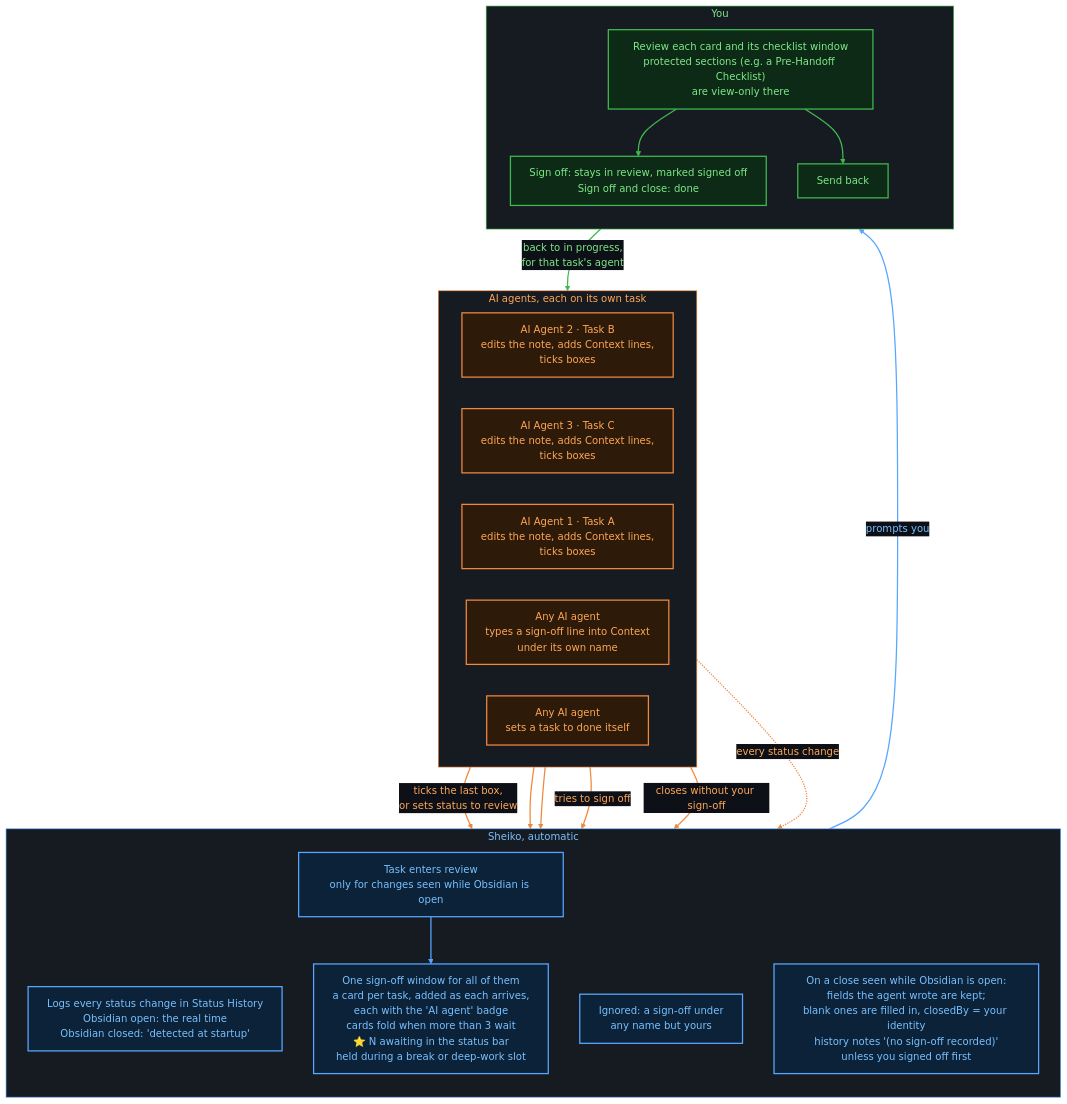
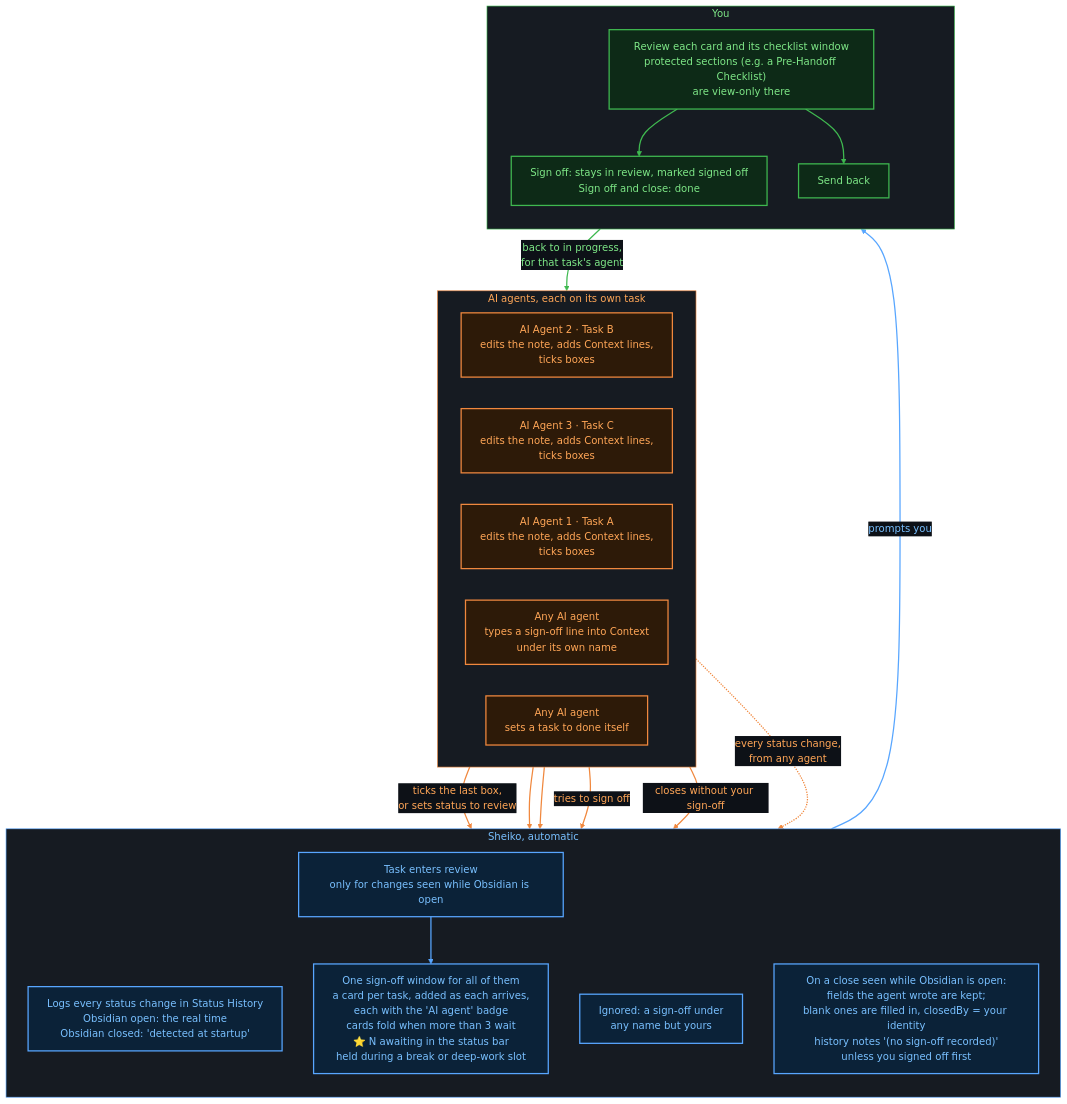
The diagram in docs/diagrams/ai-agents.mmd (Ashura-Sheikh/Sheiko-obsidian-plugin), drawn with Mermaid before and after one commit. The commit also changed 2 other files, not shown here.

Commit message:
AI agents diagram: "from any agent" on the logging arrow; Known-limits line scoped to unmarked notes
project-manager's 2 points from its re-check, on Sheikh's go-ahead:

1. The "every status change" arrow starts next to the self-close box;
   label now "every status change, from any agent". Layout unchanged.
2. Known limits: an agent's original closedBy / timeToCloseMinutes are
   kept after reopen and re-close only if Sheiko didn't mark the note
   closureSource: sheiko (applyReopen clears marked notes); points to
   the next line, which covers the marked case.

```diff
--- a/docs/diagrams/ai-agents.mmd
+++ b/docs/diagrams/ai-agents.mmd
@@ -1,55 +1,55 @@
 ---
 config:
   flowchart:
     wrappingWidth: 360
   themeVariables:
     edgeLabelBackground: '#0d1117'
 ---
 %% Node IDs a1-a3 are deliberately not in label order: the layout puts a3 leftmost, so a3 is labelled "AI Agent 1". See docs/diagrams/README.md.
 flowchart TD
     subgraph agents["AI agents, each on its own task"]
         direction LR
         a1["AI Agent 2 · Task B<br/>edits the note, adds Context lines,<br/>ticks boxes"]
         a2["AI Agent 3 · Task C<br/>edits the note, adds Context lines,<br/>ticks boxes"]
         a3["AI Agent 1 · Task A<br/>edits the note, adds Context lines,<br/>ticks boxes"]
         ax["Any AI agent<br/>types a sign-off line into Context<br/>under its own name"]
         ay["Any AI agent<br/>sets a task to done itself"]
     end
     subgraph sheiko["Sheiko, automatic"]
         direction TB
         s1["Logs every status change in Status History<br/>Obsidian open: the real time<br/>Obsidian closed: 'detected at startup'"]
         s2["Task enters review<br/>only for changes seen while Obsidian is open"]
         s3["One sign-off window for all of them<br/>a card per task, added as each arrives,<br/>each with the 'AI agent' badge<br/>cards fold when more than 3 wait<br/>⭐ N awaiting in the status bar<br/>held during a break or deep-work slot"]
         s4["Ignored: a sign-off under<br/>any name but yours"]
         s5["On a close seen while Obsidian is open:<br/>fields the agent wrote are kept;<br/>blank ones are filled in, closedBy = your identity<br/>history notes '(no sign-off recorded)'<br/>unless you signed off first"]
     end
     subgraph you["You"]
         direction TB
         y1["Review each card and its checklist window<br/>protected sections (e.g. a Pre-Handoff Checklist)<br/>are view-only there"]
         y2["Sign off: stays in review, marked signed off<br/>Sign off and close: done"]
         y3["Send back"]
     end
     a1 -->|"ticks the last box,<br/>or sets status to review"| s2
     a2 --> s2
     a3 --> s2
-    agents -.->|"every status change"| s1
+    agents -.->|"every status change,<br/>from any agent"| s1
     ax -->|"tries to sign off"| s4
     ay -->|"closes without your sign-off"| s5
     s2 --> s3
     s3 -->|"prompts you"| y1
     y1 --> y2
     y1 --> y3
     y3 -->|"back to in progress,<br/>for that task's agent"| agents
 
     classDef agent fill:#2d1a08,stroke:#f0883e,color:#ffa657,stroke-width:2px
     classDef plugin fill:#0b2238,stroke:#58a6ff,color:#79c0ff,stroke-width:2px
     classDef human fill:#0d2a17,stroke:#3fb950,color:#7ee787,stroke-width:2px
     class a1,a2,a3,ax,ay agent
     class s1,s2,s3,s4,s5 plugin
     class y1,y2,y3 human
     style agents fill:#161b22,stroke:#f0883e,color:#ffa657
     style sheiko fill:#161b22,stroke:#58a6ff,color:#79c0ff
     style you fill:#161b22,stroke:#3fb950,color:#7ee787
     linkStyle 0,1,2,3,4,5 stroke:#f0883e,stroke-width:2px,color:#ffa657
     linkStyle 6,7 stroke:#58a6ff,stroke-width:2px,color:#79c0ff
     linkStyle 8,9,10 stroke:#3fb950,stroke-width:2px,color:#7ee787
```
